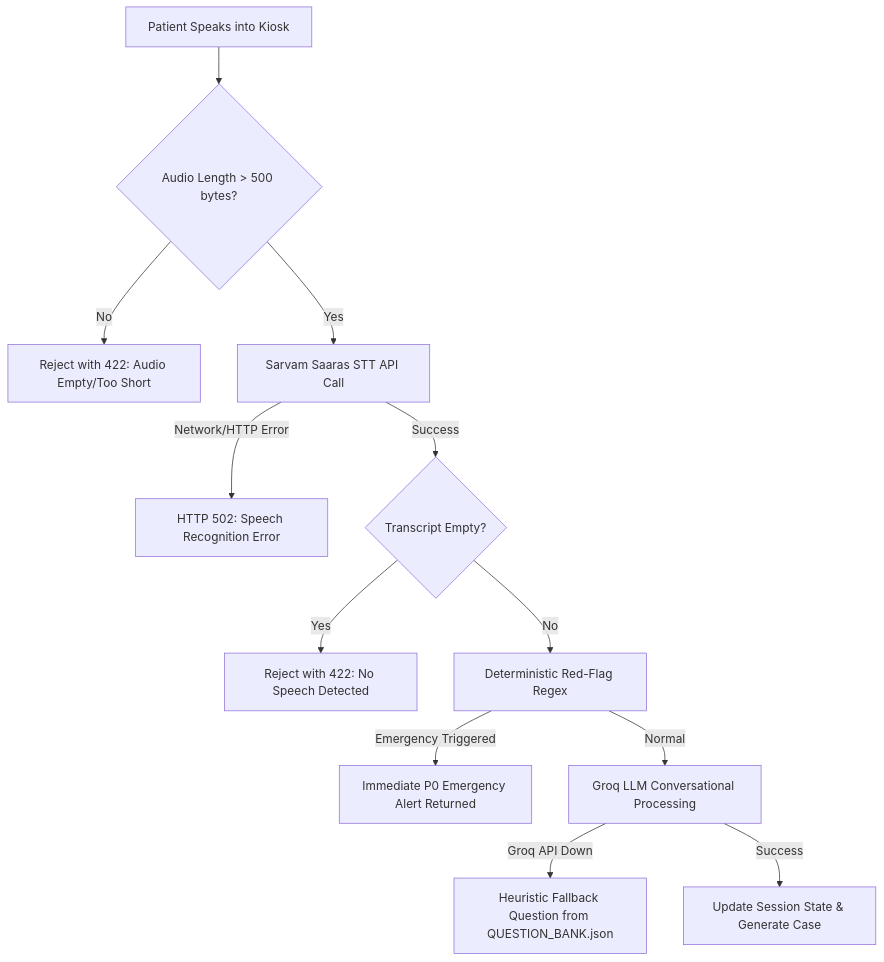
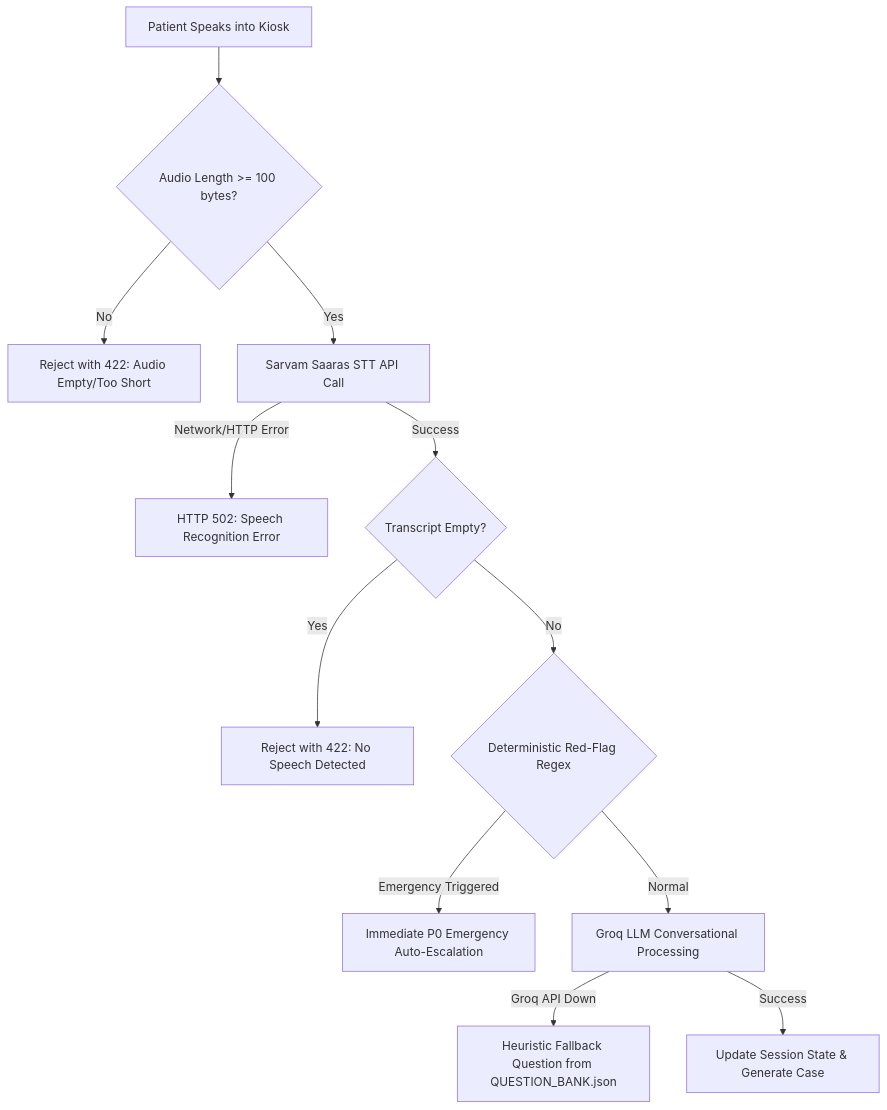
Before and after one commit to DakshChaudhary2668/MediKiosk: the second of 2 diagrams in docs/architecture.md, drawn with Mermaid. The commit also changed other lines of this file and 33 other files, not shown here.

Commit message:
feat: backend contracts alignment, P0 auto-escalation, RBAC, kiosk auth, and technical documentation suite

````diff
--- a/docs/architecture.md
+++ b/docs/architecture.md
@@ -108,14 +115,14 @@
 ```mermaid
 flowchart TD
-    A[Patient Speaks into Kiosk] --> B{Audio Length > 500 bytes?}
+    A[Patient Speaks into Kiosk] --> B{Audio Length >= 100 bytes?}
     B -->|No| C[Reject with 422: Audio Empty/Too Short]
     B -->|Yes| D[Sarvam Saaras STT API Call]
     D -->|Network/HTTP Error| E[HTTP 502: Speech Recognition Error]
     D -->|Success| F{Transcript Empty?}
     F -->|Yes| G[Reject with 422: No Speech Detected]
-    F -->|No| H[Deterministic Red-Flag Regex]
-    H -->|Emergency Triggered| I[Immediate P0 Emergency Alert Returned]
+    F -->|No| H{Deterministic Red-Flag Regex}
+    H -->|Emergency Triggered| I[Immediate P0 Emergency Auto-Escalation]
     H -->|Normal| J[Groq LLM Conversational Processing]
     J -->|Groq API Down| K[Heuristic Fallback Question from QUESTION_BANK.json]
     J -->|Success| L[Update Session State & Generate Case]
 ```
````
